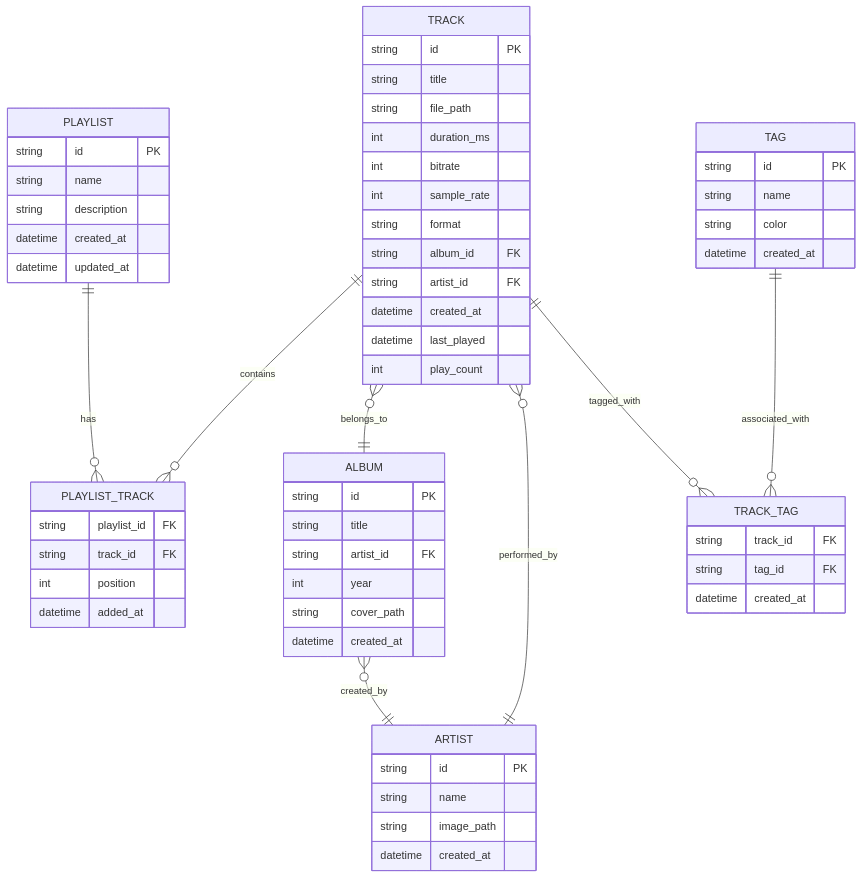
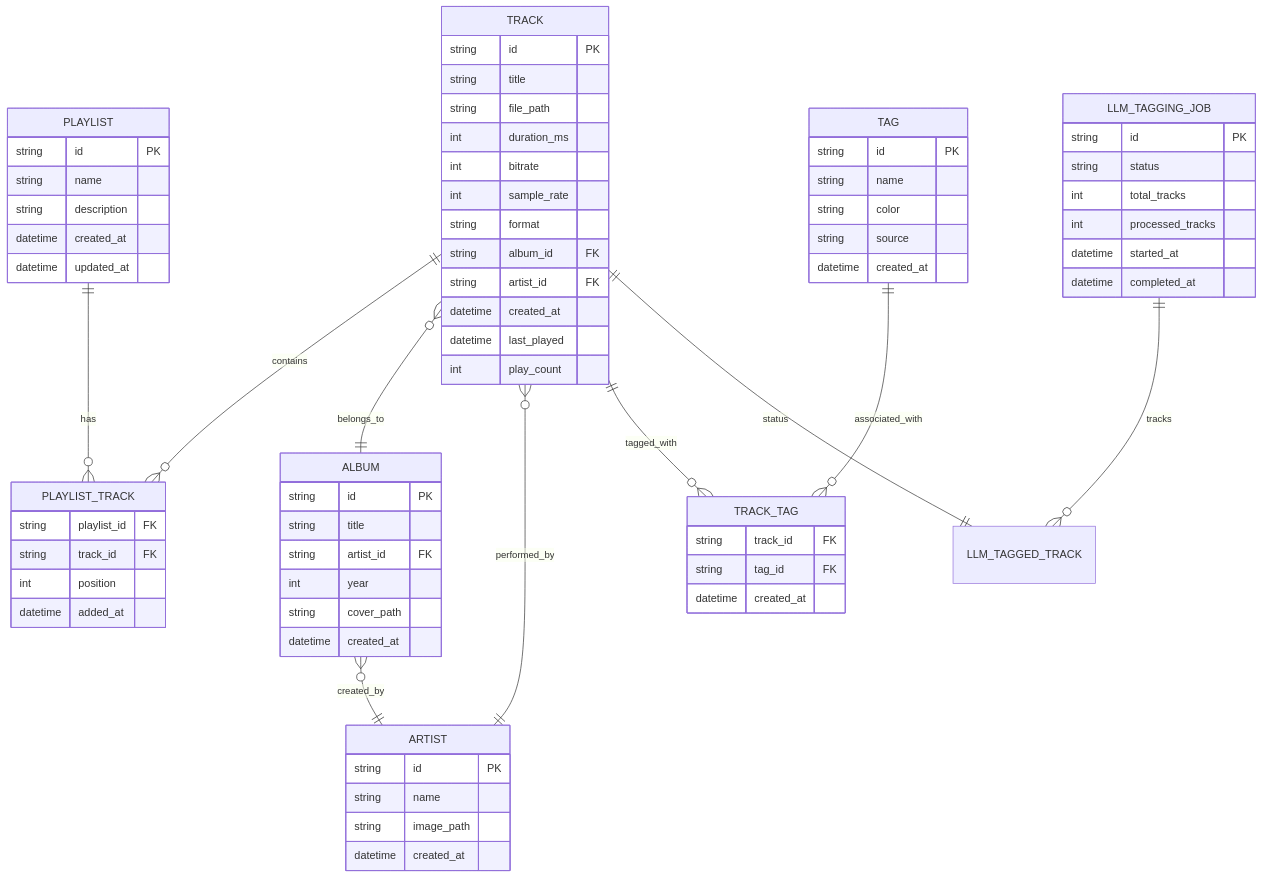
The third of 5 diagrams in docs/architecture.md (hangnum/music), drawn with Mermaid before and after one commit. The commit also changed other lines of this file and 6 other files, not shown here.

````diff
--- a/docs/architecture.md
+++ b/docs/architecture.md
@@ -386,69 +389,81 @@
 ```mermaid
 erDiagram
     TRACK ||--o{ PLAYLIST_TRACK : contains
     PLAYLIST ||--o{ PLAYLIST_TRACK : has
     TRACK }o--|| ALBUM : belongs_to
     TRACK }o--|| ARTIST : performed_by
     ALBUM }o--|| ARTIST : created_by
     TRACK ||--o{ TRACK_TAG : tagged_with
     TAG ||--o{ TRACK_TAG : associated_with
+    LLM_TAGGING_JOB ||--o{ LLM_TAGGED_TRACK : tracks
+    TRACK ||--|| LLM_TAGGED_TRACK : status
     
     TRACK {
         string id PK
         string title
         string file_path
         int duration_ms
         int bitrate
         int sample_rate
         string format
         string album_id FK
         string artist_id FK
         datetime created_at
         datetime last_played
         int play_count
     }
 
     TAG {
         string id PK
         string name
         string color
+        string source
         datetime created_at
     }
 
     TRACK_TAG {
         string track_id FK
         string tag_id FK
         datetime created_at
+    }
+
+    LLM_TAGGING_JOB {
+        string id PK
+        string status
+        int total_tracks
+        int processed_tracks
+        datetime started_at
+        datetime completed_at
     }
     
     ALBUM {
         string id PK
         string title
         string artist_id FK
         int year
         string cover_path
         datetime created_at
     }
     
     ARTIST {
         string id PK
         string name
         string image_path
         datetime created_at
     }
     
     PLAYLIST {
         string id PK
         string name
         string description
         datetime created_at
         datetime updated_at
     }
     
     PLAYLIST_TRACK {
         string playlist_id FK
         string track_id FK
         int position
         datetime added_at
     }
 ```
````
